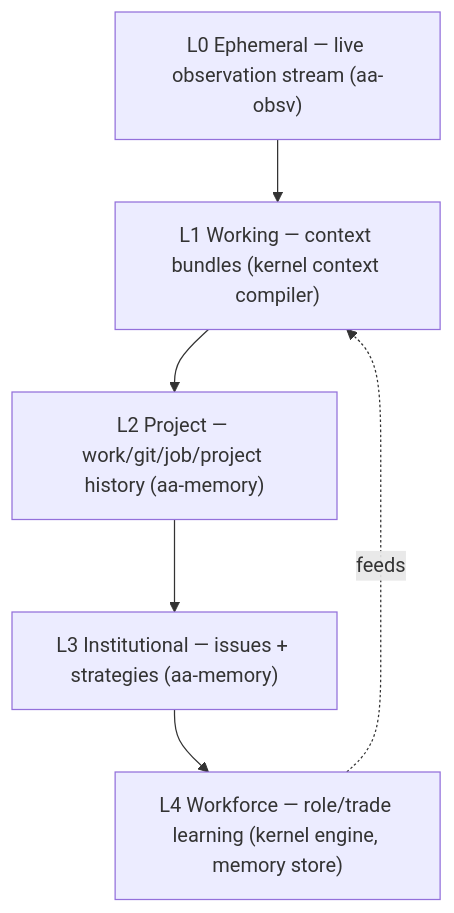
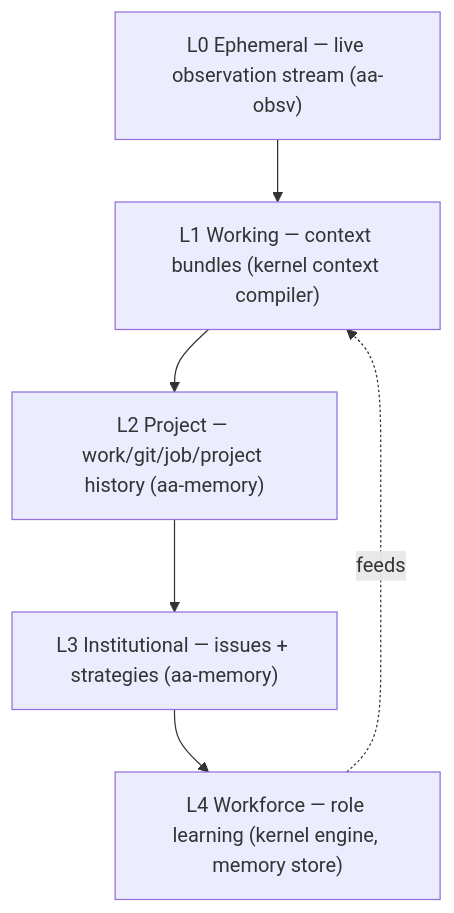
One commit to greadee/aa changed the sixth of 6 diagrams in docs/architecture/README.md. Above: the diagram before and after it, drawn with Mermaid. The commit also changed other lines of this file and 43 other files, not shown here.

````diff
--- a/docs/architecture/README.md
+++ b/docs/architecture/README.md
@@ -301,11 +301,11 @@
 ```mermaid
 flowchart TB
     L0["L0 Ephemeral — live observation stream (aa-obsv)"]
     L1["L1 Working — context bundles (kernel context compiler)"]
     L2["L2 Project — work/git/job/project history (aa-memory)"]
     L3["L3 Institutional — issues + strategies (aa-memory)"]
-    L4["L4 Workforce — role/trade learning (kernel engine, memory store)"]
+    L4["L4 Workforce — role learning (kernel engine, memory store)"]
 
     L0 --> L1 --> L2 --> L3 --> L4
     L4 -.feeds.-> L1
 ```
````
